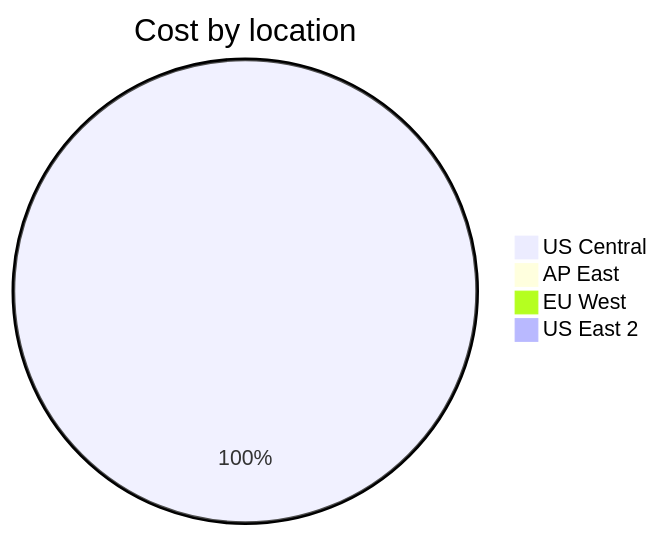
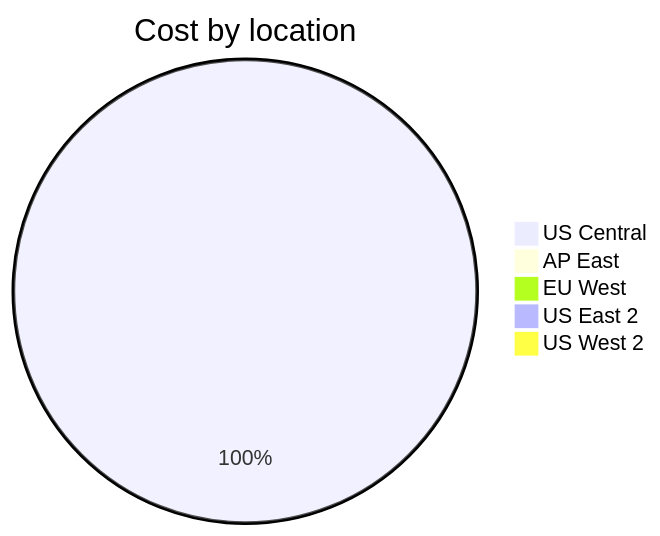
One commit to jpfulton/azure-personal-reports changed the third of 4 diagrams in cost-reports/personal-site/personal-site-preview.md. Above: the diagram before and after it, drawn with Mermaid. The commit also changed other lines of this file and 6 other files, not shown here.

````diff
--- a/cost-reports/personal-site/personal-site-preview.md
+++ b/cost-reports/personal-site/personal-site-preview.md
@@ -110,8 +111,9 @@
 ```mermaid
 pie
    title Cost by location
-   "US Central" : 2.64
+   "US Central" : 2.93
    "AP East" : 0.00
    "EU West" : 0.00
    "US East 2" : 0.00
+   "US West 2" : 0.00
 ```
````
